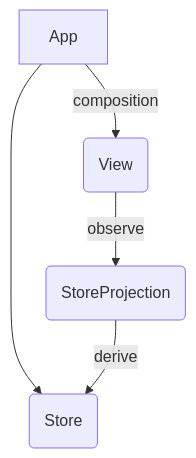
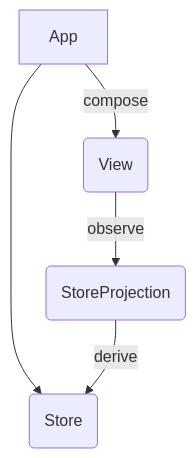
Before and after one commit to stephtelolahy/WildWestOnline: the fifth of 6 diagrams in README.md, drawn with Mermaid. The commit also changed other lines of this file and 76 other files, not shown here.

````diff
--- a/README.md
+++ b/README.md
@@ -108,7 +105,7 @@
 ```mermaid
 flowchart TD
 APP[App] --> APPSTORE(Store)
-APP --> |composition| VIEW(View)
+APP --> |compose| VIEW(View)
 VIEW --> |observe| STOREPROJECTION(StoreProjection)
 STOREPROJECTION --> |derive| APPSTORE
 ```
````
